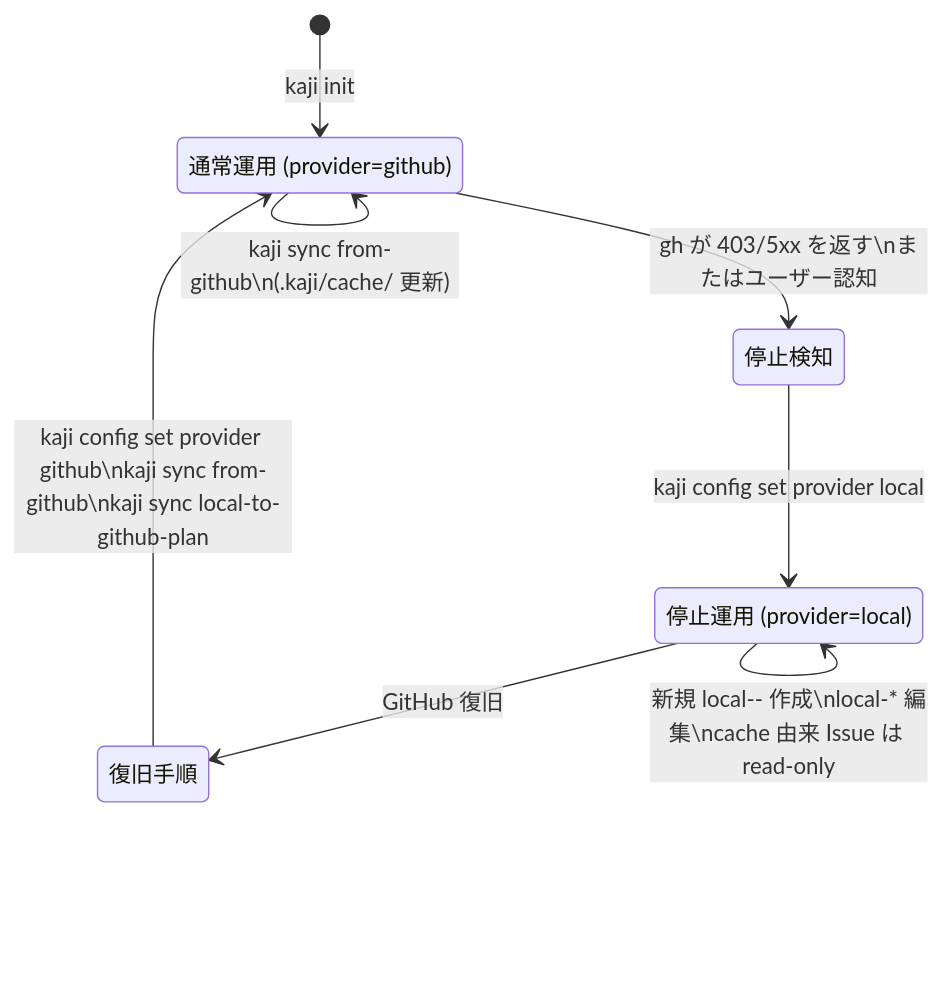
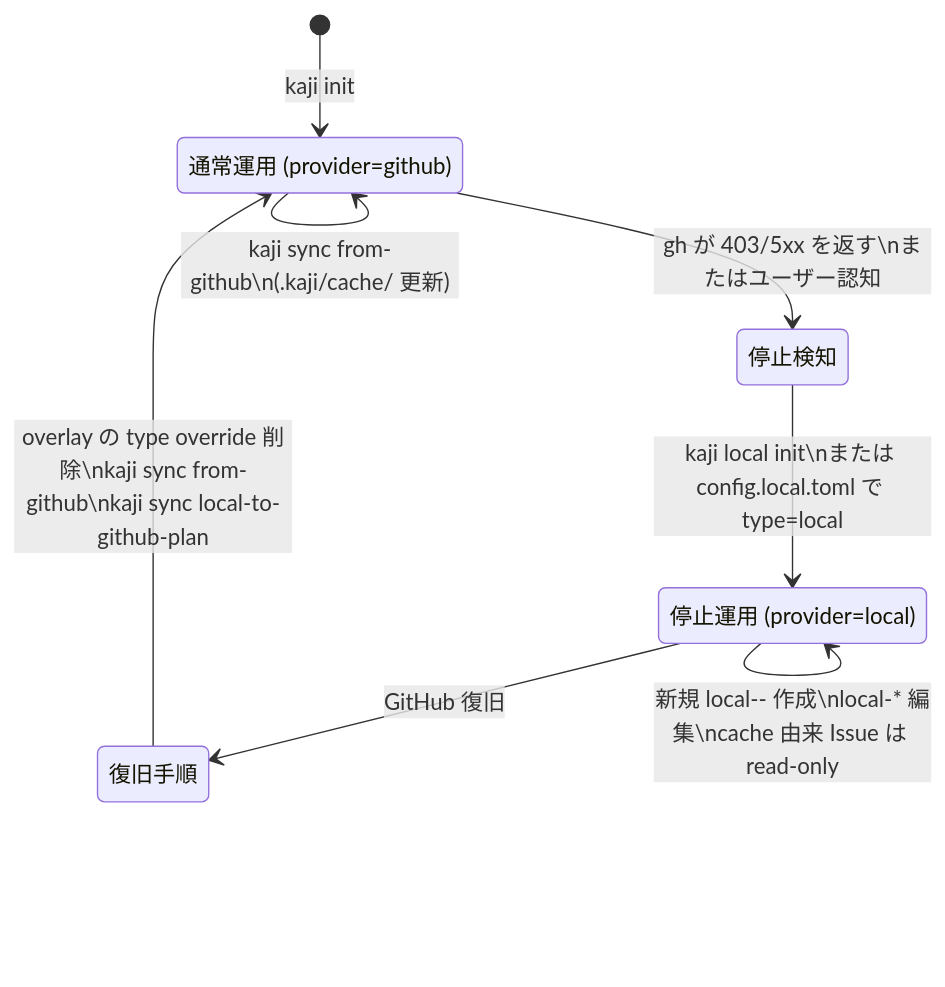
One commit to apokamo/kaji changed the third of 4 diagrams in draft/design/local-mode/design.md. Above: the diagram before and after it, drawn with Mermaid. The commit also changed other lines of this file and 5 other files, not shown here.

Commit message:
docs: sync local mode phase 3 design

````diff
--- a/draft/design/local-mode/design.md
+++ b/draft/design/local-mode/design.md
@@ -1033,14 +1042,14 @@
 ```mermaid
 stateDiagram-v2
     [*] --> Normal: kaji init
     Normal: 通常運用 (provider=github)
     Normal --> Normal: kaji sync from-github\n(.kaji/cache/ 更新)
     Normal --> Detected: gh が 403/5xx を返す\nまたはユーザー認知
     Detected: 停止検知
-    Detected --> LocalMode: kaji config set provider local
+    Detected --> LocalMode: kaji local init\nまたは config.local.toml で type=local
     LocalMode: 停止運用 (provider=local)
     LocalMode --> LocalMode: 新規 local-<machine>-<n> 作成\nlocal-* 編集\ncache 由来 Issue は read-only
     LocalMode --> Recovering: GitHub 復旧
     Recovering: 復旧手順
-    Recovering --> Normal: kaji config set provider github\nkaji sync from-github\nkaji sync local-to-github-plan
+    Recovering --> Normal: overlay の type override 削除\nkaji sync from-github\nkaji sync local-to-github-plan
 ```
````
